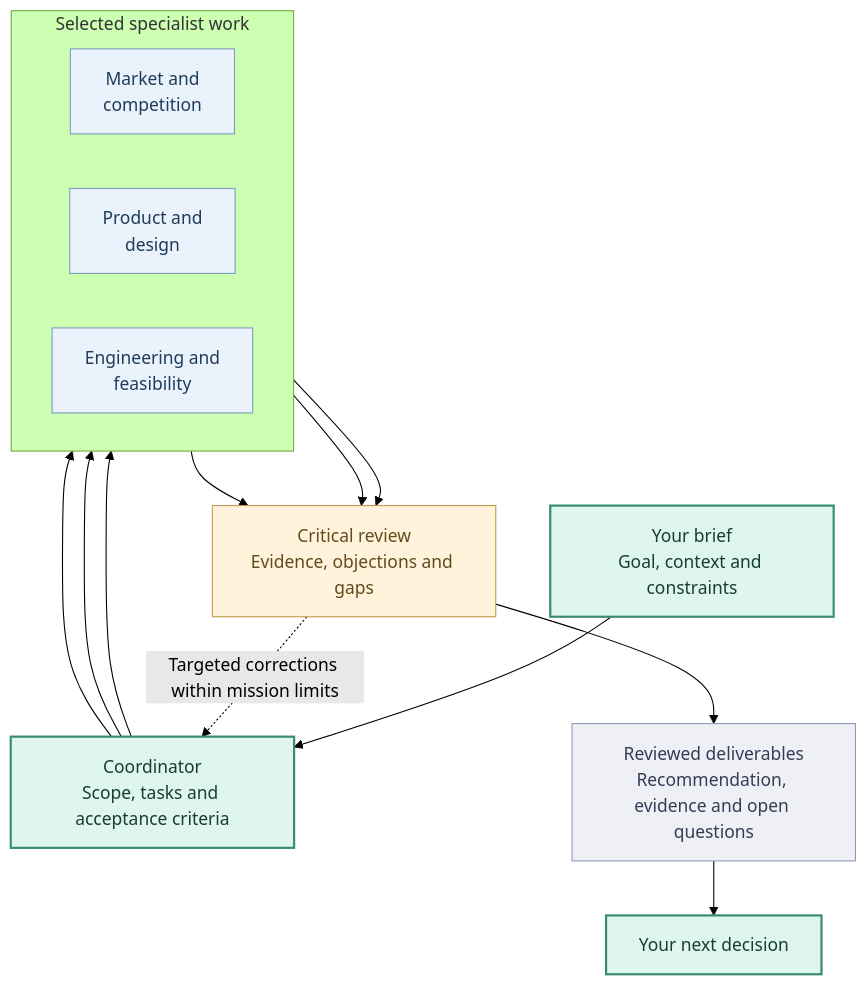
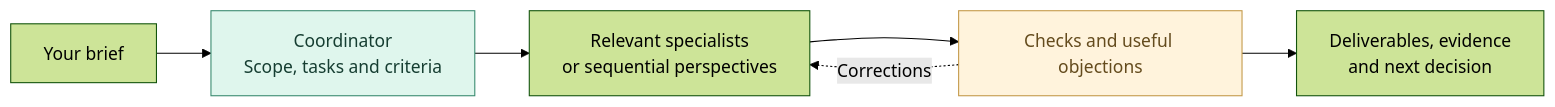
Before and after one commit to AjinthAT/orka-skill: the diagram in README.md, drawn with Mermaid (forest theme). The commit also changed other lines of this file and 6 other files, not shown here.

````diff
--- a/README.md
+++ b/README.md
@@ -43,29 +37,10 @@
 ```mermaid
-flowchart TB
-    Brief["Your brief<br/>Goal, context and constraints"]:::lead
-    Coordinator["Coordinator<br/>Scope, tasks and acceptance criteria"]:::lead
-    Brief --> Coordinator
-
-    subgraph Work["Selected specialist work"]
-        direction LR
-        Market["Market and<br/>competition"]:::team
-        Product["Product and<br/>design"]:::team
-        Engineering["Engineering and<br/>feasibility"]:::team
-    end
-
-    Coordinator --> Market
-    Coordinator --> Product
-    Coordinator --> Engineering
-    Market --> Review
-    Product --> Review
-    Engineering --> Review
-    Review["Critical review<br/>Evidence, objections and gaps"]:::review
-    Review -. Targeted corrections within mission limits .-> Coordinator
-    Review --> Delivery["Reviewed deliverables<br/>Recommendation, evidence and open questions"]:::output
-    Delivery --> Decision["Your next decision"]:::lead
-
-    classDef lead fill:#dff6ed,stroke:#3a8b70,color:#163e32,stroke-width:2px;
-    classDef team fill:#eaf2fb,stroke:#7b9bbd,color:#203c59;
-    classDef review fill:#fff3dc,stroke:#c49a4a,color:#644b1d;
-    classDef output fill:#eef0f6,stroke:#939bb2,color:#343d55;
+flowchart LR
+    Brief["Your brief"] --> Coordinator["Coordinator<br/>Scope, tasks and criteria"]
+    Coordinator --> Work["Relevant specialists<br/>or sequential perspectives"]
+    Work --> Review["Checks and useful objections"]
+    Review -. Corrections .-> Work
+    Review --> Result["Deliverables, evidence<br/>and next decision"]
+    style Coordinator fill:#dff6ed,stroke:#3a8b70,color:#163e32
+    style Review fill:#fff3dc,stroke:#c49a4a,color:#644b1d
 ```
````
